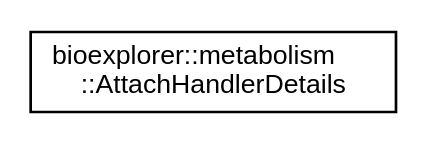
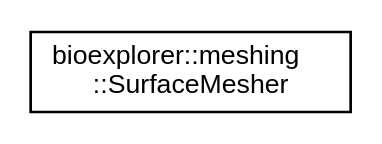
Before and after one commit to BlueBrain/BioExplorer: the diagram in docs/inherit_graph_71.dot, drawn with Graphviz. The commit also changed 256 other files, not shown here.

```diff
--- a/docs/inherit_graph_71.dot
+++ b/docs/inherit_graph_71.dot
@@ -1,8 +1,8 @@
 digraph "Graphical Class Hierarchy"
 {
  // LATEX_PDF_SIZE
   edge [fontname="Helvetica",fontsize="10",labelfontname="Helvetica",labelfontsize="10"];
   node [fontname="Helvetica",fontsize="10",shape=record];
   rankdir="LR";
-  Node0 [label="bioexplorer::metabolism\l::AttachHandlerDetails",height=0.2,width=0.4,color="black", fillcolor="white", style="filled",URL="$dd/d21/structbioexplorer_1_1metabolism_1_1AttachHandlerDetails.html",tooltip=" "];
+  Node0 [label="bioexplorer::meshing\l::SurfaceMesher",height=0.2,width=0.4,color="black", fillcolor="white", style="filled",URL="$d8/df9/classbioexplorer_1_1meshing_1_1SurfaceMesher.html",tooltip=" "];
 }
```
